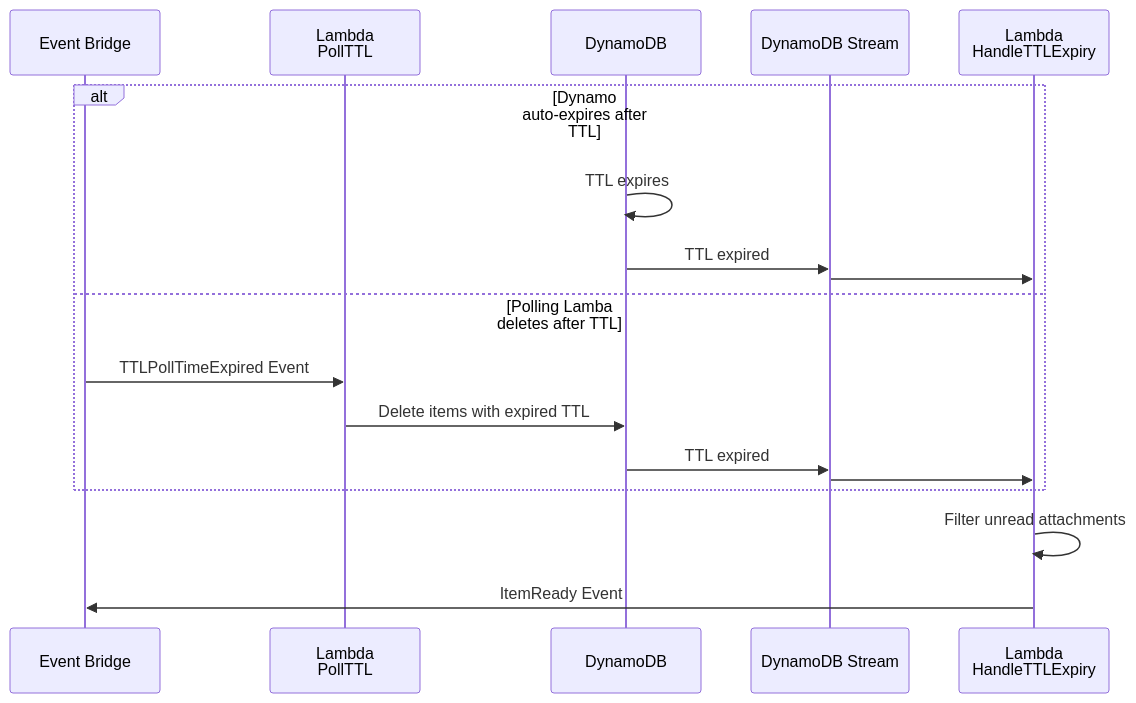
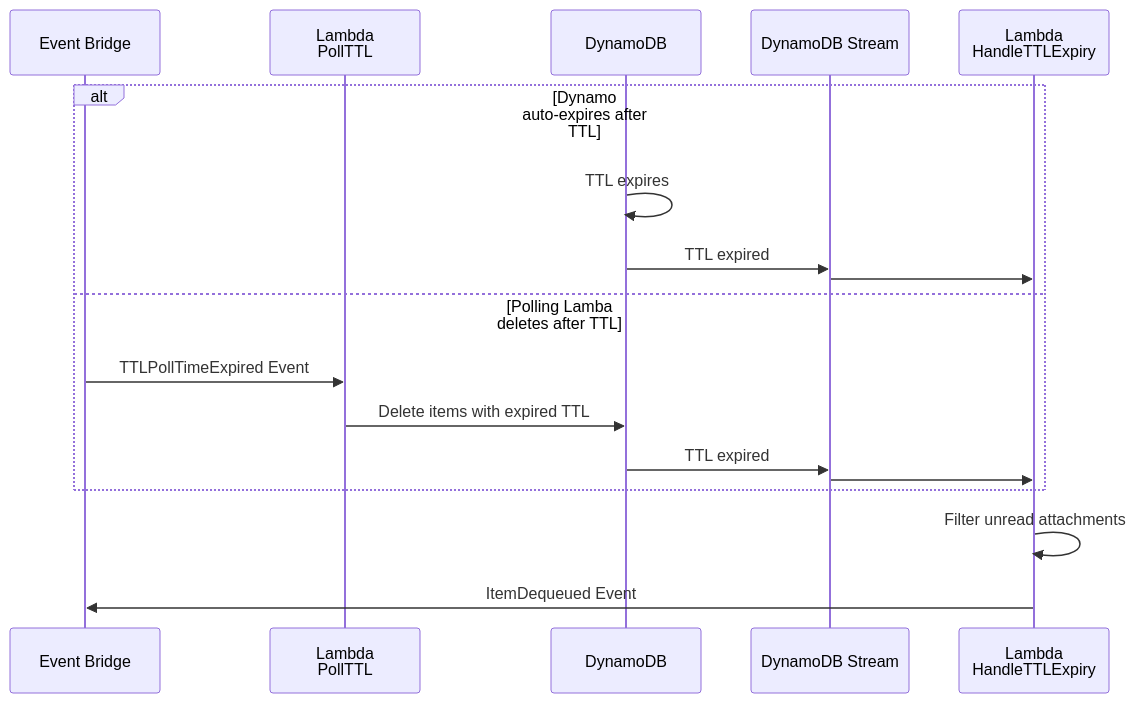
The diagram in docs/collections/_diagrams/sequence-expire-print-ttl.md (RossBugginsNHS/nhs-notify-digital-letters), drawn with Mermaid before and after one commit. The commit also changed 24 other files, not shown here.

````diff
--- a/docs/collections/_diagrams/sequence-expire-print-ttl.md
+++ b/docs/collections/_diagrams/sequence-expire-print-ttl.md
@@ -7,21 +7,21 @@
 ```mermaid
 sequenceDiagram
   participant eb as Event Bridge
   participant expireTTL as Lambda<br/>PollTTL
   participant dynamo as DynamoDB
   participant stream as DynamoDB Stream
   participant processTTLExpiry as Lambda<br/>HandleTTLExpiry
 
   alt Dynamo auto-expires after TTL
     dynamo ->> dynamo: TTL expires
     dynamo ->> stream: TTL expired
     stream ->> processTTLExpiry:
   else Polling Lamba deletes after TTL
     eb ->> expireTTL: TTLPollTimeExpired Event
     expireTTL ->> dynamo: Delete items with expired TTL
     dynamo ->> stream: TTL expired
     stream ->> processTTLExpiry:
   end
   processTTLExpiry ->> processTTLExpiry: Filter unread attachments
-  processTTLExpiry ->> eb: ItemReady Event
+  processTTLExpiry ->> eb: ItemDequeued Event
 ```
````
